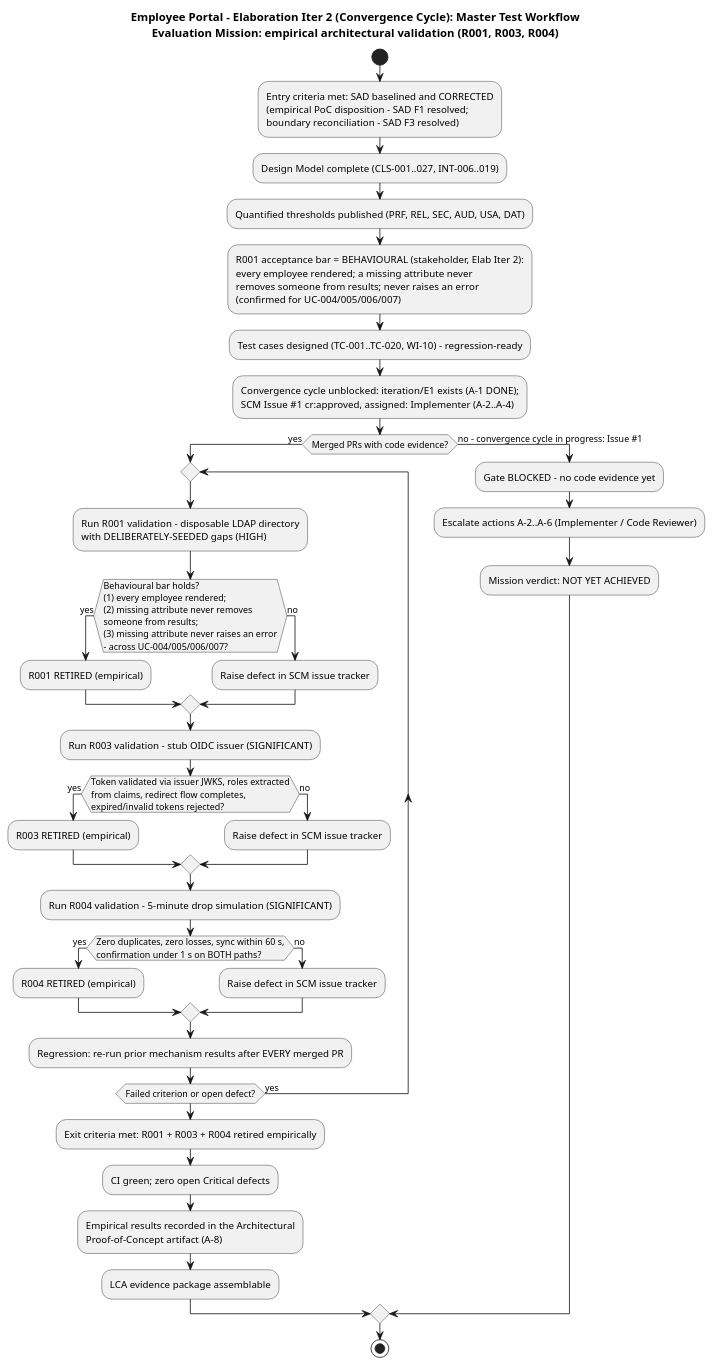
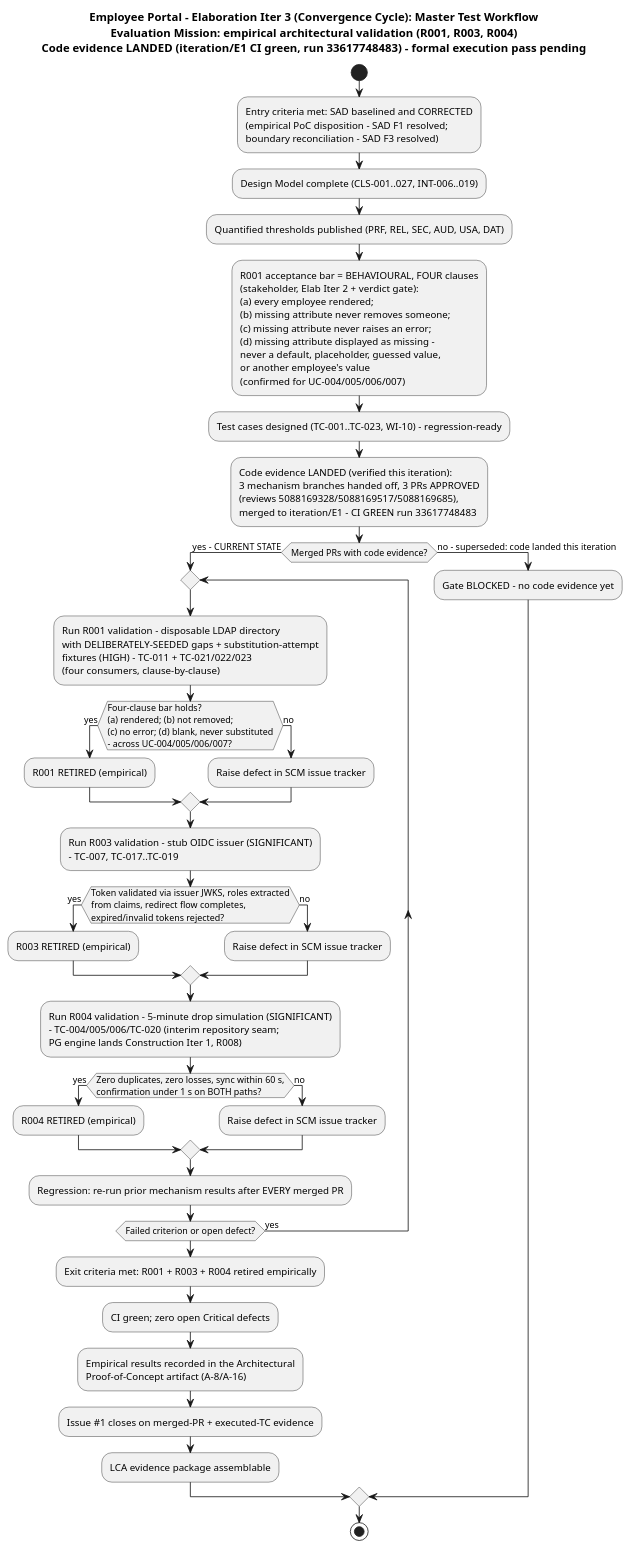
One commit to banense-test/employee-portal changed the second of 5 diagrams in docs/artifacts/test/test-evaluation-summary.md. Above: the diagram before and after it, drawn with PlantUML. The commit also changed other lines of this file, not shown here.

First line of the commit message:
Test Manager [E3]: upsert Test Evaluation Summary

````diff
--- a/docs/artifacts/test/test-evaluation-summary.md
+++ b/docs/artifacts/test/test-evaluation-summary.md
@@ -114,46 +125,45 @@
 ```plantuml
 @startuml
-title Employee Portal - Elaboration Iter 2 (Convergence Cycle): Master Test Workflow\nEvaluation Mission: empirical architectural validation (R001, R003, R004)
+title Employee Portal - Elaboration Iter 3 (Convergence Cycle): Master Test Workflow\nEvaluation Mission: empirical architectural validation (R001, R003, R004)\nCode evidence LANDED (iteration/E1 CI green, run 33617748483) - formal execution pass pending
 
 start
 :Entry criteria met: SAD baselined and CORRECTED\n(empirical PoC disposition - SAD F1 resolved;\nboundary reconciliation - SAD F3 resolved);
 :Design Model complete (CLS-001..027, INT-006..019);
 :Quantified thresholds published (PRF, REL, SEC, AUD, USA, DAT);
-:R001 acceptance bar = BEHAVIOURAL (stakeholder, Elab Iter 2):\nevery employee rendered; a missing attribute never\nremoves someone from results; never raises an error\n(confirmed for UC-004/005/006/007);
-:Test cases designed (TC-001..TC-020, WI-10) - regression-ready;
-:Convergence cycle unblocked: iteration/E1 exists (A-1 DONE);\nSCM Issue #1 cr:approved, assigned: Implementer (A-2..A-4);
+:R001 acceptance bar = BEHAVIOURAL, FOUR clauses\n(stakeholder, Elab Iter 2 + verdict gate):\n(a) every employee rendered;\n(b) missing attribute never removes someone;\n(c) missing attribute never raises an error;\n(d) missing attribute displayed as missing -\nnever a default, placeholder, guessed value,\nor another employee's value\n(confirmed for UC-004/005/006/007);
+:Test cases designed (TC-001..TC-023, WI-10) - regression-ready;
+:Code evidence LANDED (verified this iteration):\n3 mechanism branches handed off, 3 PRs APPROVED\n(reviews 5088169328/5088169517/5088169685),\nmerged to iteration/E1 - CI GREEN run 33617748483;
 
-if (Merged PRs with code evidence?) then (yes)
+if (Merged PRs with code evidence?) then (yes - CURRENT STATE)
   repeat
-    :Run R001 validation - disposable LDAP directory\nwith DELIBERATELY-SEEDED gaps (HIGH);
-    if (Behavioural bar holds?\n(1) every employee rendered;\n(2) missing attribute never removes\nsomeone from results;\n(3) missing attribute never raises an error\n- across UC-004/005/006/007?) then (yes)
+    :Run R001 validation - disposable LDAP directory\nwith DELIBERATELY-SEEDED gaps + substitution-attempt\nfixtures (HIGH) - TC-011 + TC-021/022/023\n(four consumers, clause-by-clause);
+    if (Four-clause bar holds?\n(a) rendered; (b) not removed;\n(c) no error; (d) blank, never substituted\n- across UC-004/005/006/007?) then (yes)
       :R001 RETIRED (empirical);
     else (no)
       :Raise defect in SCM issue tracker;
     endif
-    :Run R003 validation - stub OIDC issuer (SIGNIFICANT);
+    :Run R003 validation - stub OIDC issuer (SIGNIFICANT)\n- TC-007, TC-017..TC-019;
     if (Token validated via issuer JWKS, roles extracted\nfrom claims, redirect flow completes,\nexpired/invalid tokens rejected?) then (yes)
       :R003 RETIRED (empirical);
     else (no)
       :Raise defect in SCM issue tracker;
     endif
-    :Run R004 validation - 5-minute drop simulation (SIGNIFICANT);
+    :Run R004 validation - 5-minute drop simulation (SIGNIFICANT)\n- TC-004/005/006/TC-020 (interim repository seam;\nPG engine lands Construction Iter 1, R008);
     if (Zero duplicates, zero losses, sync within 60 s,\nconfirmation under 1 s on BOTH paths?) then (yes)
       :R004 RETIRED (empirical);
     else (no)
       :Raise defect in SCM issue tracker;
     endif
     :Regression: re-run prior mechanism results after EVERY merged PR;
   repeat while (Failed criterion or open defect?) is (yes)
   :Exit criteria met: R001 + R003 + R004 retired empirically;
   :CI green; zero open Critical defects;
-  :Empirical results recorded in the Architectural\nProof-of-Concept artifact (A-8);
+  :Empirical results recorded in the Architectural\nProof-of-Concept artifact (A-8/A-16);
+  :Issue #1 closes on merged-PR + executed-TC evidence;
   :LCA evidence package assemblable;
-else (no - convergence cycle in progress: Issue #1)
+else (no - superseded: code landed this iteration)
   :Gate BLOCKED - no code evidence yet;
-  :Escalate actions A-2..A-6 (Implementer / Code Reviewer);
-  :Mission verdict: NOT YET ACHIEVED;
 endif
 stop
 @enduml
 ```
````
